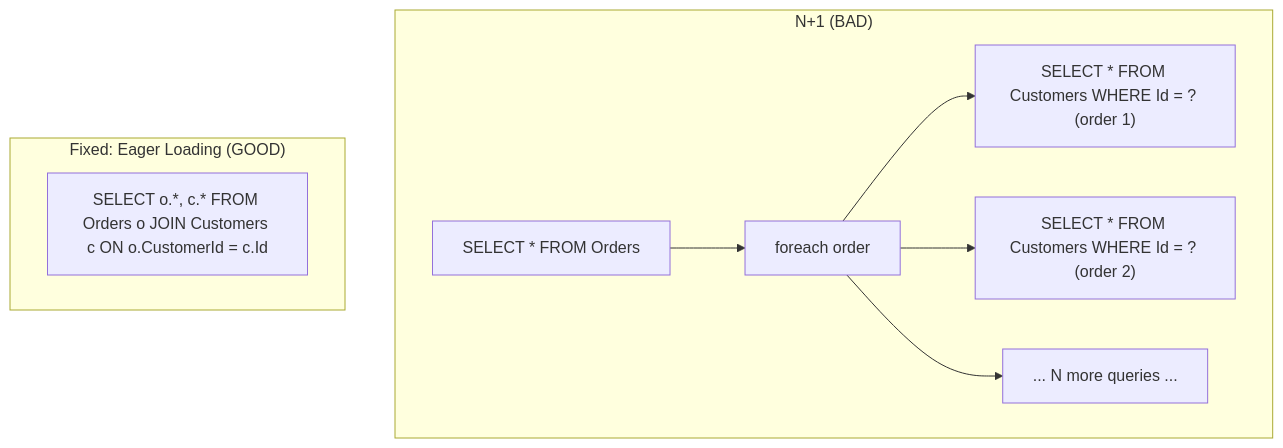
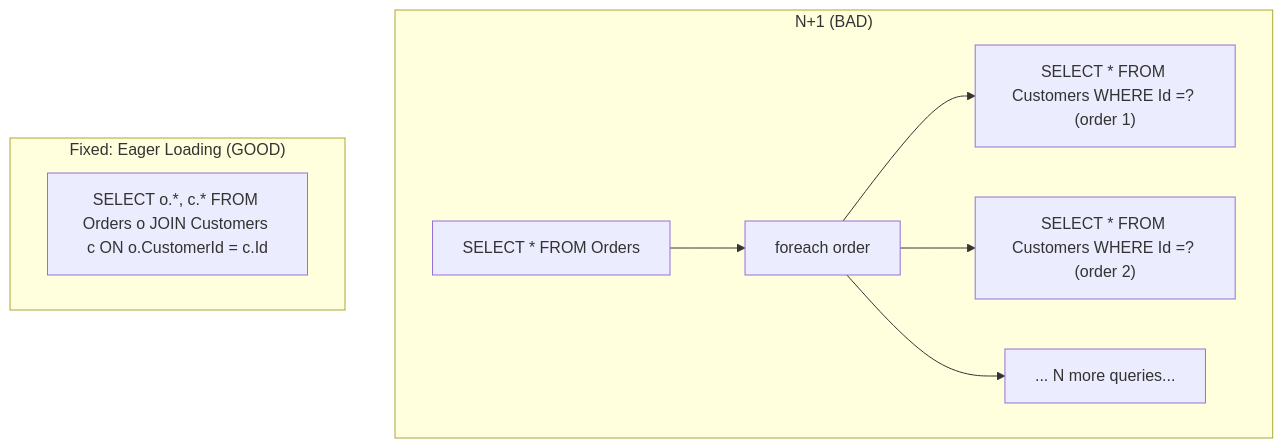
One commit to umashankarp/InterviewQuestions changed the diagram in 04-SQL-Server/03-Query-Optimization-Patterns.md. Above: the diagram before and after it, drawn with Mermaid. The commit also changed other lines of this file and 173 other files, not shown here.

````diff
--- a/04-SQL-Server/03-Query-Optimization-Patterns.md
+++ b/04-SQL-Server/03-Query-Optimization-Patterns.md
@@ -51,12 +51,12 @@
 ```mermaid
 graph TB
-    subgraph "N+1 (BAD)"
-        Q1["SELECT * FROM Orders"] --> L["foreach order"]
-        L --> Q2["SELECT * FROM Customers WHERE Id = ? (order 1)"]
-        L --> Q3["SELECT * FROM Customers WHERE Id = ? (order 2)"]
-        L --> Q4["... N more queries ..."]
-    end
-    subgraph "Fixed: Eager Loading (GOOD)"
-        Q5["SELECT o.*, c.* FROM Orders o JOIN Customers c ON o.CustomerId = c.Id"]
-    end
+ subgraph "N+1 (BAD)"
+ Q1["SELECT * FROM Orders"] --> L["foreach order"]
+ L --> Q2["SELECT * FROM Customers WHERE Id =? (order 1)"]
+ L --> Q3["SELECT * FROM Customers WHERE Id =? (order 2)"]
+ L --> Q4["... N more queries..."]
+ end
+ subgraph "Fixed: Eager Loading (GOOD)"
+ Q5["SELECT o.*, c.* FROM Orders o JOIN Customers c ON o.CustomerId = c.Id"]
+ end
 ```
````
